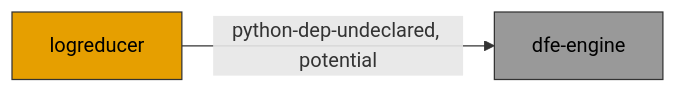
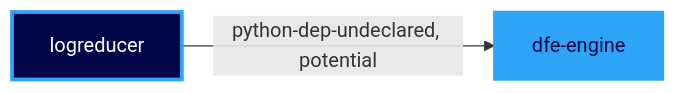
The seventh of 17 diagrams in docs/suite-graph.md (hyperi-io/dfe-infra), drawn with Mermaid before and after one commit. The commit also changed other lines of this file and 2 other files, not shown here.

First line of the commit message:
fix: draw the suite graph in the corporate palette

````diff
--- a/docs/suite-graph.md
+++ b/docs/suite-graph.md
@@ -269,9 +281,11 @@
 ```mermaid
 flowchart LR
   logreducer["logreducer"]:::producer
   dfe_engine["dfe-engine"]:::suite
   logreducer -->|python-dep-undeclared, potential| dfe_engine
-  classDef general fill:#009E73,stroke:#333,color:#fff
-  classDef suite fill:#999999,stroke:#333,color:#000
-  classDef producer fill:#E69F00,stroke:#333,color:#000
+  classDef general fill:#2DED88,stroke:#2EA4F6,stroke-width:2px,color:#000647
+  classDef suite fill:#2EA4F6,stroke:#2EA4F6,stroke-width:2px,color:#000647
+  classDef producer fill:#000647,stroke:#2EA4F6,stroke-width:3px,color:#FFFFFF
+  classDef general-optional fill:#8CF5BE,stroke:#2EA4F6,stroke-width:2px,color:#000647
+  classDef suite-optional fill:#8CCDFA,stroke:#2EA4F6,stroke-width:2px,color:#000647
 ```
````
